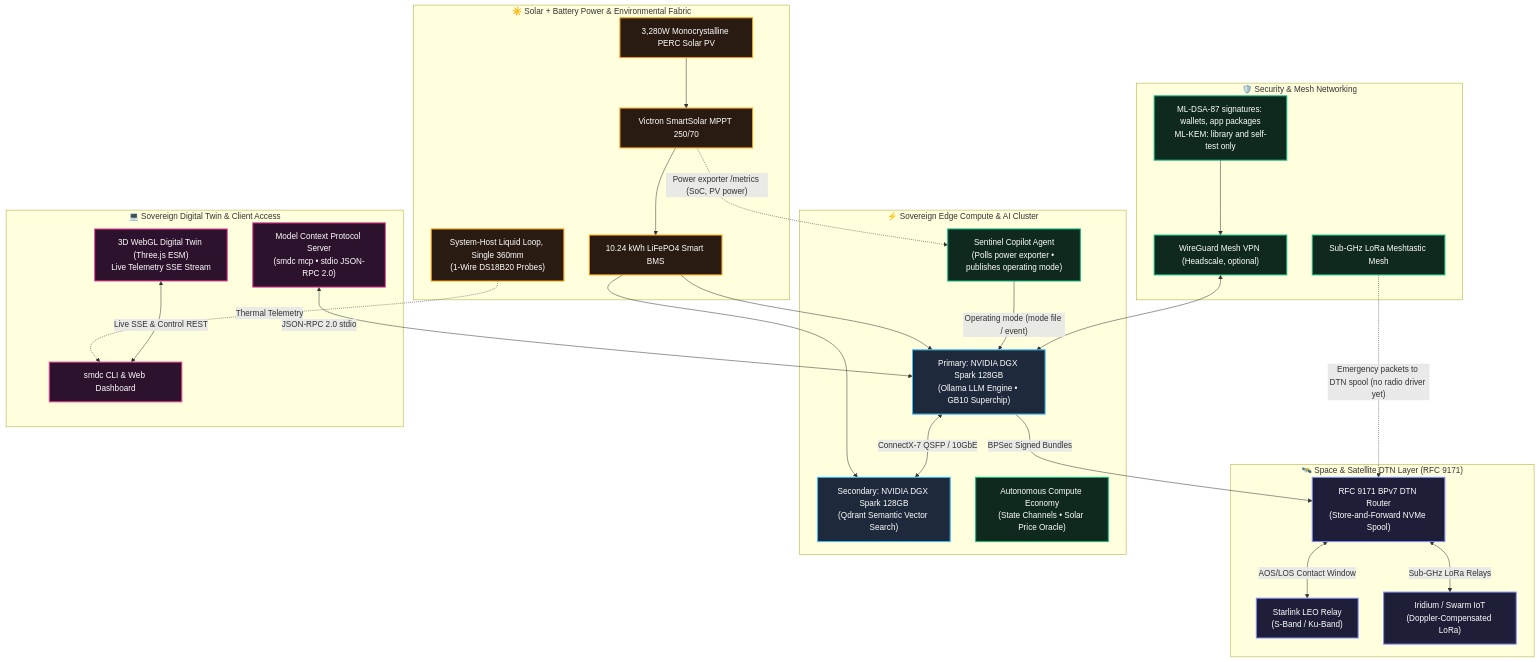
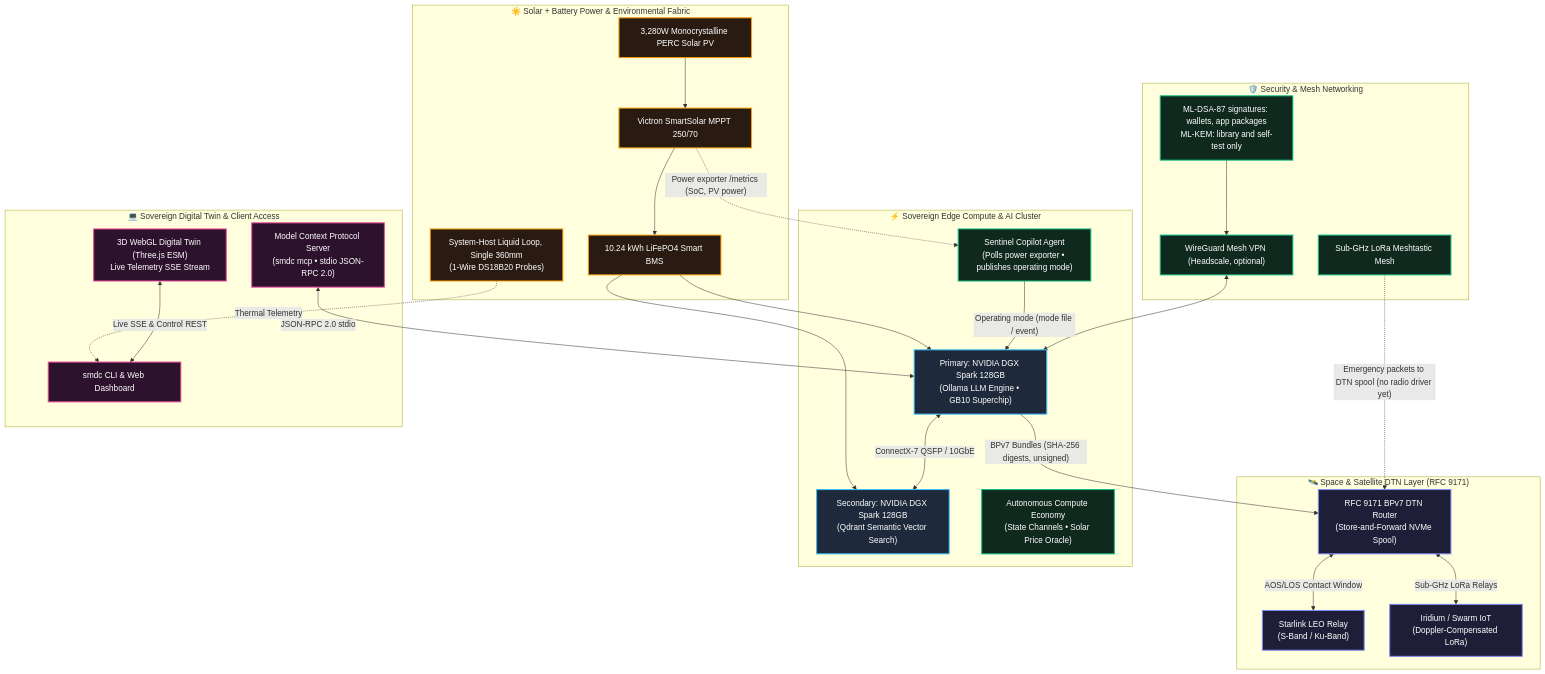
The diagram in README.md (iliachry/sovereign-mini-datacenter), drawn with Mermaid before and after one commit. The commit also changed other lines of this file and 41 other files, not shown here.

````diff
--- a/README.md
+++ b/README.md
@@ -45,59 +45,59 @@
 ```mermaid
 graph TD
     classDef space fill:#1e1e38,stroke:#818cf8,stroke-width:2px,color:#fff;
     classDef compute fill:#1e293b,stroke:#38bdf8,stroke-width:2px,color:#fff;
     classDef power fill:#2a1b12,stroke:#f59e0b,stroke-width:2px,color:#fff;
     classDef secure fill:#0f291e,stroke:#10b981,stroke-width:2px,color:#fff;
     classDef client fill:#2d122d,stroke:#ec4899,stroke-width:2px,color:#fff;
 
     subgraph SpaceLayer["🛰️ Space & Satellite DTN Layer (RFC 9171)"]
         Sat1["Starlink LEO Relay<br/>(S-Band / Ku-Band)"]:::space
         Sat2["Iridium / Swarm IoT<br/>(Doppler-Compensated LoRa)"]:::space
         DTNRouter["RFC 9171 BPv7 DTN Router<br/>(Store-and-Forward NVMe Spool)"]:::space
     end
 
     subgraph EnergyLayer["☀️ Solar + Battery Power & Environmental Fabric"]
         Solar["3,280W Monocrystalline PERC Solar PV"]:::power
         MPPT["Victron SmartSolar MPPT 250/70"]:::power
         Battery["10.24 kWh LiFePO4 Smart BMS"]:::power
         Cooling["System-Host Liquid Loop, Single 360mm<br/>(1-Wire DS18B20 Probes)"]:::power
     end
 
     subgraph ComputeStack["⚡ Sovereign Edge Compute & AI Cluster"]
         Spark1["Primary: NVIDIA DGX Spark 128GB<br/>(Ollama LLM Engine • GB10 Superchip)"]:::compute
         Spark2["Secondary: NVIDIA DGX Spark 128GB<br/>(Qdrant Semantic Vector Search)"]:::compute
         Sentinel["Sentinel Copilot Agent<br/>(Polls power exporter • publishes operating mode)"]:::secure
         Economy["Autonomous Compute Economy<br/>(State Channels • Solar Price Oracle)"]:::secure
     end
 
     subgraph SecurityMesh["🛡️ Security & Mesh Networking"]
         PQC["ML-DSA-87 signatures: wallets, app packages<br/>ML-KEM: library and self-test only"]:::secure
         WireGuard["WireGuard Mesh VPN (Headscale, optional)"]:::secure
         LoRaMesh["Sub-GHz LoRa Meshtastic Mesh"]:::secure
     end
 
     subgraph ClientAccess["💻 Sovereign Digital Twin & Client Access"]
         WebTwin["3D WebGL Digital Twin (Three.js ESM)<br/>Live Telemetry SSE Stream"]:::client
         MCP["Model Context Protocol Server<br/>(smdc mcp • stdio JSON-RPC 2.0)"]:::client
         OpsConsole["smdc CLI & Web Dashboard"]:::client
     end
 
     Solar --> MPPT --> Battery
     Battery --> Spark1
     Battery --> Spark2
     Cooling -.->|"Thermal Telemetry"| OpsConsole
     MPPT -.->|"Power exporter /metrics (SoC, PV power)"| Sentinel
     Sentinel -->|"Operating mode (mode file / event)"| Spark1
 
     Spark1 <-->|"ConnectX-7 QSFP / 10GbE"| Spark2
-    Spark1 -->|"BPSec Signed Bundles"| DTNRouter
+    Spark1 -->|"BPv7 Bundles (SHA-256 digests, unsigned)"| DTNRouter
     DTNRouter <-->|"AOS/LOS Contact Window"| Sat1
     DTNRouter <-->|"Sub-GHz LoRa Relays"| Sat2
 
     PQC --> WireGuard
     WireGuard <--> Spark1
     LoRaMesh -.->|"Emergency packets to DTN spool (no radio driver yet)"| DTNRouter
 
     WebTwin <-->|"Live SSE & Control REST"| OpsConsole
     MCP <-->|"JSON-RPC 2.0 stdio"| Spark1
 ```
````
